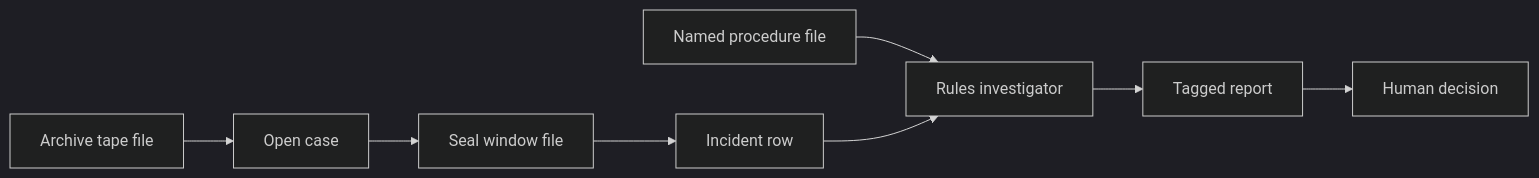
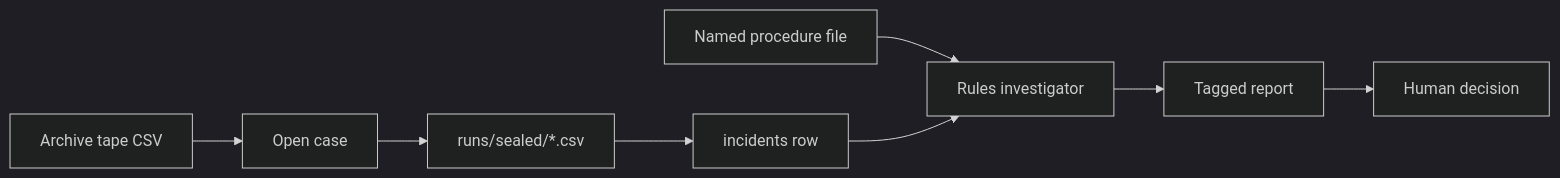
Before and after one commit to pchung39/orbit: the diagram in README.md, drawn with Mermaid (dark theme). The commit also changed other lines of this file and 3 other files, not shown here.

````diff
--- a/README.md
+++ b/README.md
@@ -169,15 +112,15 @@
 ```mermaid
 flowchart LR
-  Archive[Archive tape file]
+  Archive[Archive tape CSV]
   Open[Open case]
-  Seal[Seal window file]
-  Case[Incident row]
+  Seal[runs/sealed/*.csv]
+  Case[incidents row]
   Proc[Named procedure file]
 
   Archive --> Open
   Open --> Seal --> Case
   Proc --> Investigate[Rules investigator]
   Case --> Investigate
   Investigate --> Report[Tagged report]
   Report --> Decision[Human decision]
 ```
````
